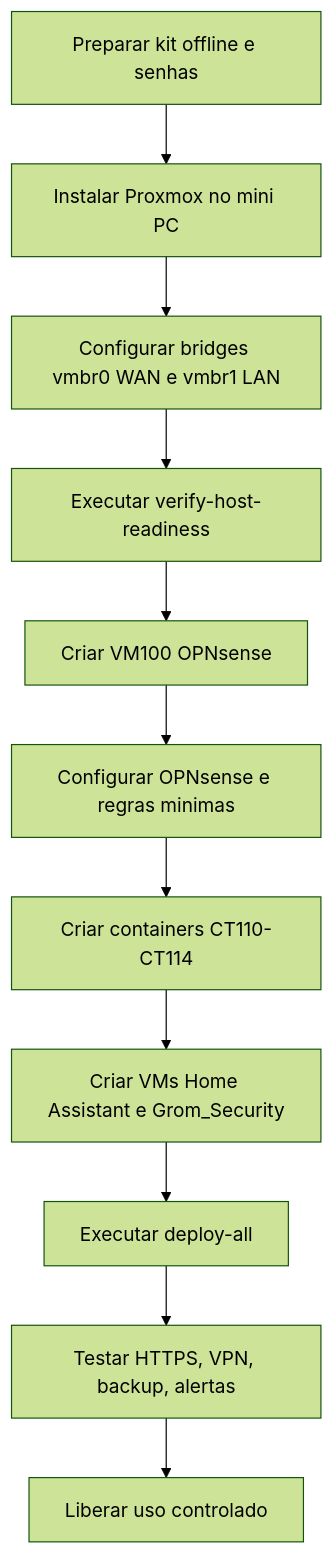
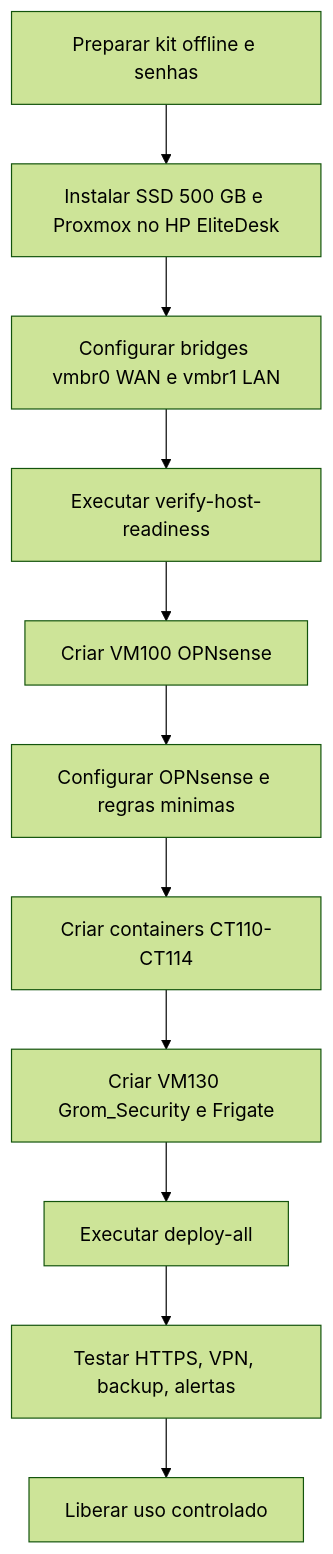
Before and after one commit to jagrom-max/Grom_Server: the sixth of 6 diagrams in docs/18-DIAGRAMAS-E-MATRIZES.md, drawn with Mermaid (forest theme). The commit also changed other lines of this file and 31 other files, not shown here.

Commit message:
Migrate deployment plan to HP EliteDesk

````diff
--- a/docs/18-DIAGRAMAS-E-MATRIZES.md
+++ b/docs/18-DIAGRAMAS-E-MATRIZES.md
@@ -142,16 +147,16 @@
 ```mermaid
 flowchart TD
     A[Preparar kit offline e senhas]
-    B[Instalar Proxmox no mini PC]
+    B[Instalar SSD 500 GB e Proxmox no HP EliteDesk]
     C[Configurar bridges vmbr0 WAN e vmbr1 LAN]
     D[Executar verify-host-readiness]
     E[Criar VM100 OPNsense]
     F[Configurar OPNsense e regras minimas]
     G[Criar containers CT110-CT114]
-    H[Criar VMs Home Assistant e Grom_Security]
+    H[Criar VM130 Grom_Security e Frigate]
     I[Executar deploy-all]
     J[Testar HTTPS, VPN, backup, alertas]
     K[Liberar uso controlado]
 
     A --> B --> C --> D --> E --> F --> G --> H --> I --> J --> K
 ```
````
